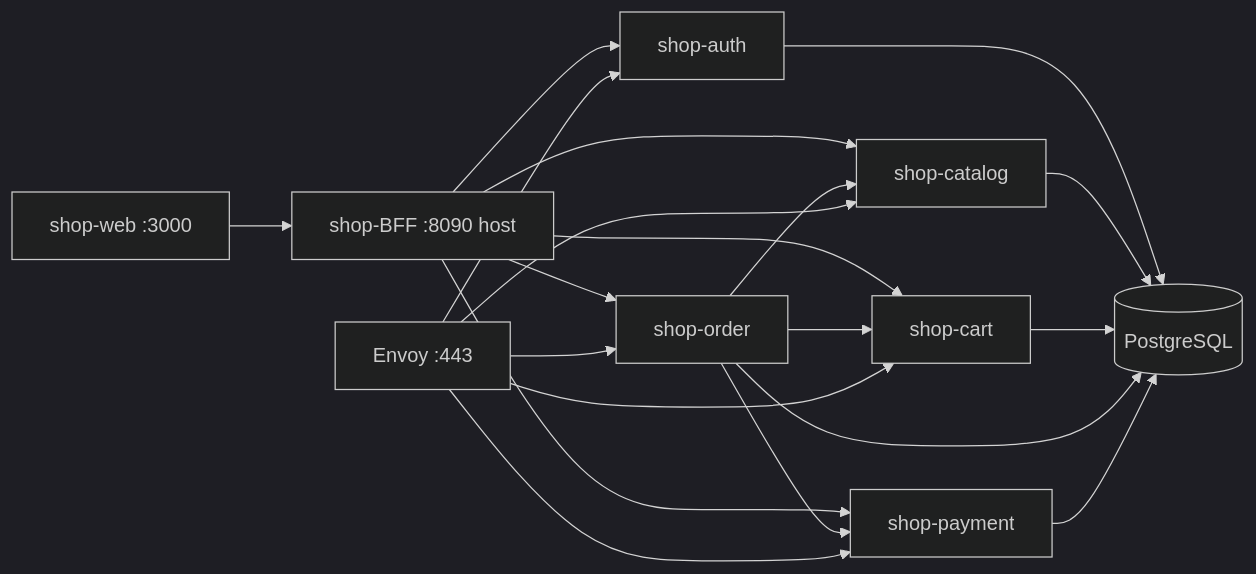
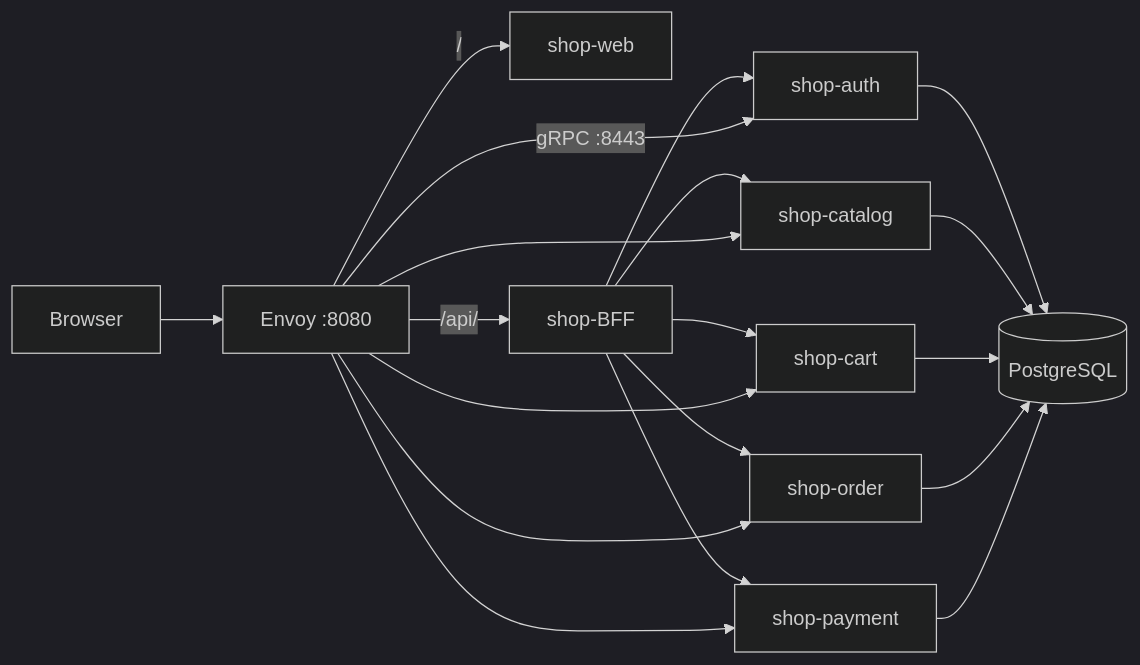
One commit to repeter513/Nocturne-Shop changed the diagram in README.md. Above: the diagram before and after it, drawn with Mermaid (dark theme). The commit also changed other lines of this file and 9 other files, not shown here.

````diff
--- a/README.md
+++ b/README.md
@@ -103,22 +98,21 @@
 ```mermaid
 flowchart LR
-  Web[shop-web :3000] --> BFF[shop-BFF :8090 host]
+  Browser --> Envoy[Envoy :8080]
+  Envoy -->|"/"| Web[shop-web]
+  Envoy -->|"/api/"| BFF[shop-BFF]
   BFF --> Auth[shop-auth]
   BFF --> Catalog[shop-catalog]
   BFF --> Cart[shop-cart]
   BFF --> Order[shop-order]
   BFF --> Payment[shop-payment]
-  Order --> Cart
-  Order --> Catalog
-  Order --> Payment
+  Envoy -->|gRPC :8443| Auth
+  Envoy --> Catalog
+  Envoy --> Cart
+  Envoy --> Order
+  Envoy --> Payment
   Auth --> PG[(PostgreSQL)]
   Catalog --> PG
   Cart --> PG
   Order --> PG
   Payment --> PG
-  Envoy[Envoy :443] --> Auth
-  Envoy --> Catalog
-  Envoy --> Cart
-  Envoy --> Order
-  Envoy --> Payment
 ```
````
